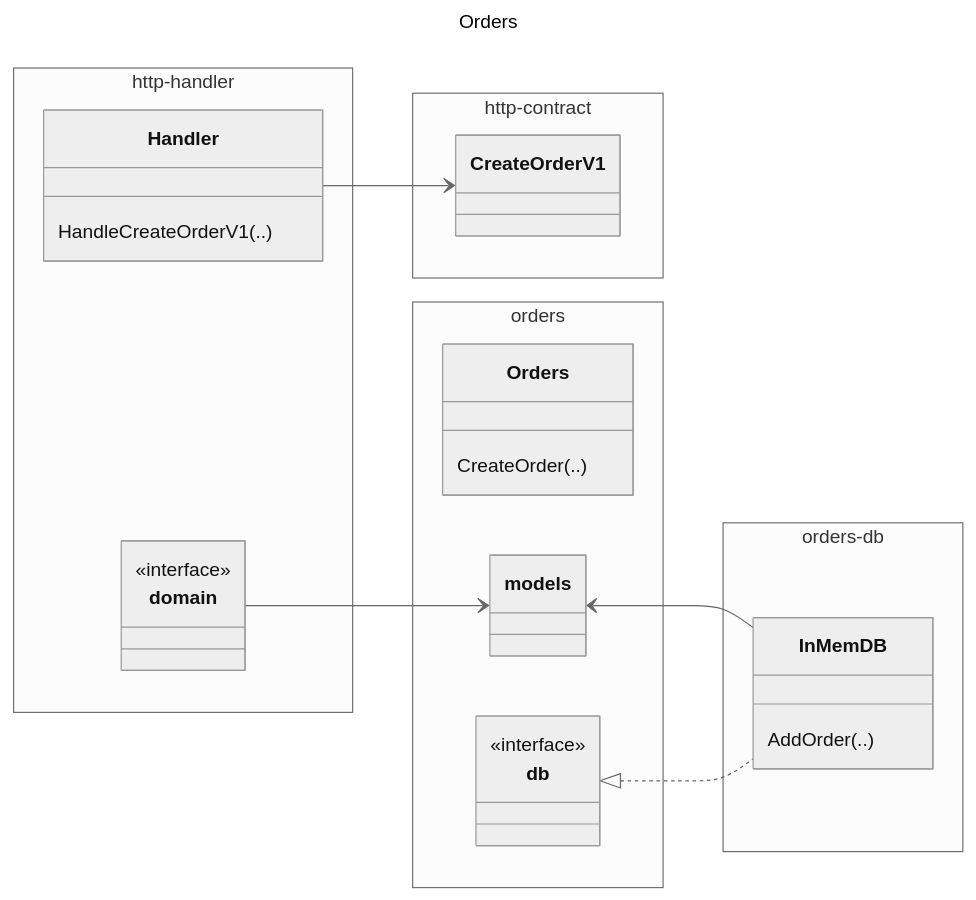
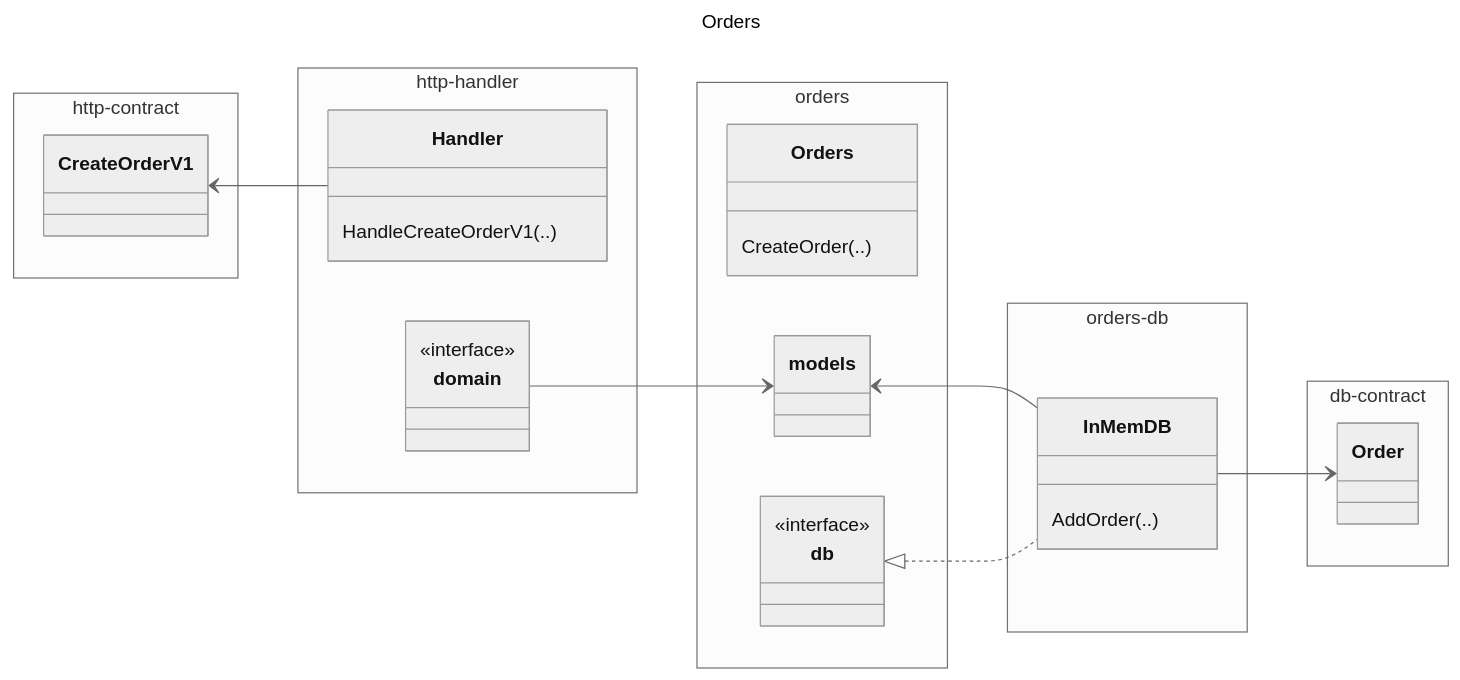
The diagram in README.md (itimky/gopher-up-march-2024), drawn with Mermaid (neutral theme) before and after one commit.

Commit message:
add db contracts to diagram

````diff
--- a/README.md
+++ b/README.md
@@ -5,42 +5,48 @@
 ```mermaid
 ---
 title: Orders
 ---
 classDiagram
     direction LR
     namespace http-contract {
         class CreateOrderV1 {
         }
     }
     namespace http-handler {
         class Handler {
             HandleCreateOrderV1(..)
         }
         
         class HTTPDomainInterface["domain"] {
             <<interface>>
         }
     }
     namespace orders {
         class Orders {
             CreateOrder(..)
         }
         
         class OrdersModels["models"] {
         }
         
         class OrdersDBInterface["db"] {
             <<interface>>
         }
     }
     namespace orders-db {
         class InMemDB {
             AddOrder(..)
         }
     }
+    namespace db-contract {
+        class Order {
+            
+        }
+    }
 
-    Handler --> CreateOrderV1
+    CreateOrderV1 <-- Handler
     HTTPDomainInterface --> OrdersModels
     OrdersModels <-- InMemDB
     OrdersDBInterface <|.. InMemDB
+    InMemDB --> Order
 ```
````
